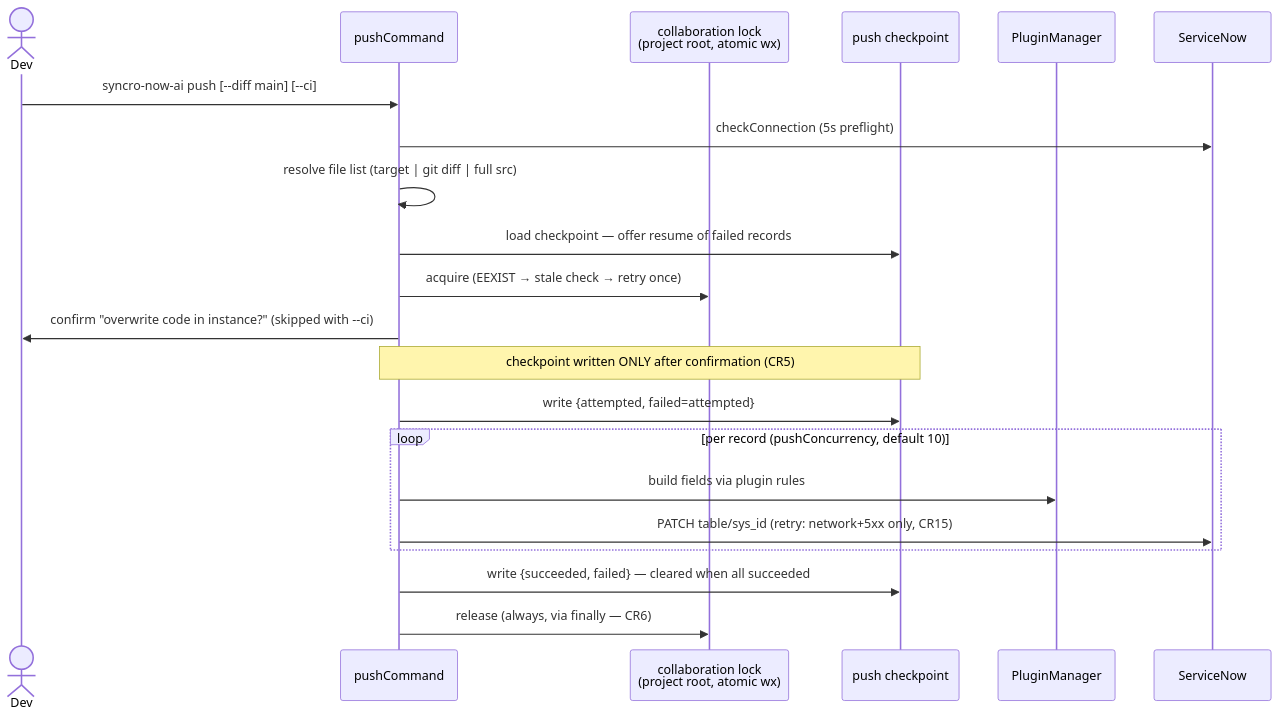
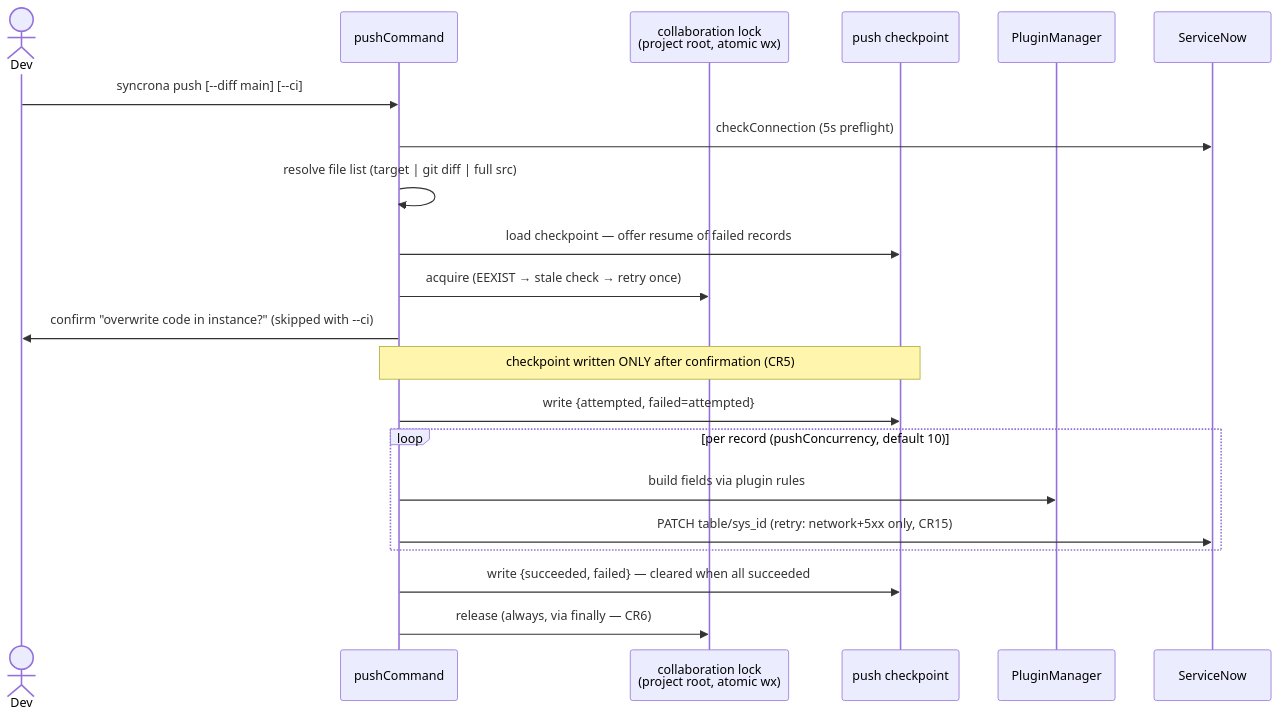
One commit to IvanBBaev/syncrona changed the second of 6 diagrams in docs/ARCHITECTURE.md. Above: the diagram before and after it, drawn with Mermaid. The commit also changed other lines of this file and 8 other files, not shown here.

````diff
--- a/docs/ARCHITECTURE.md
+++ b/docs/ARCHITECTURE.md
@@ -78,24 +78,24 @@
 ```mermaid
 sequenceDiagram
     actor Dev
     participant CLI as pushCommand
     participant Lock as collaboration lock<br/>(project root, atomic wx)
     participant CP as push checkpoint
     participant Build as PluginManager
     participant SN as ServiceNow
 
-    Dev->>CLI: syncro-now-ai push [--diff main] [--ci]
+    Dev->>CLI: syncrona push [--diff main] [--ci]
     CLI->>SN: checkConnection (5s preflight)
     CLI->>CLI: resolve file list (target | git diff | full src)
     CLI->>CP: load checkpoint — offer resume of failed records
     CLI->>Lock: acquire (EEXIST → stale check → retry once)
     CLI->>Dev: confirm "overwrite code in instance?" (skipped with --ci)
     Note over CLI,CP: checkpoint written ONLY after confirmation (CR5)
     CLI->>CP: write {attempted, failed=attempted}
     loop per record (pushConcurrency, default 10)
         CLI->>Build: build fields via plugin rules
         CLI->>SN: PATCH table/sys_id (retry: network+5xx only, CR15)
     end
     CLI->>CP: write {succeeded, failed} — cleared when all succeeded
     CLI->>Lock: release (always, via finally — CR6)
 ```
````
